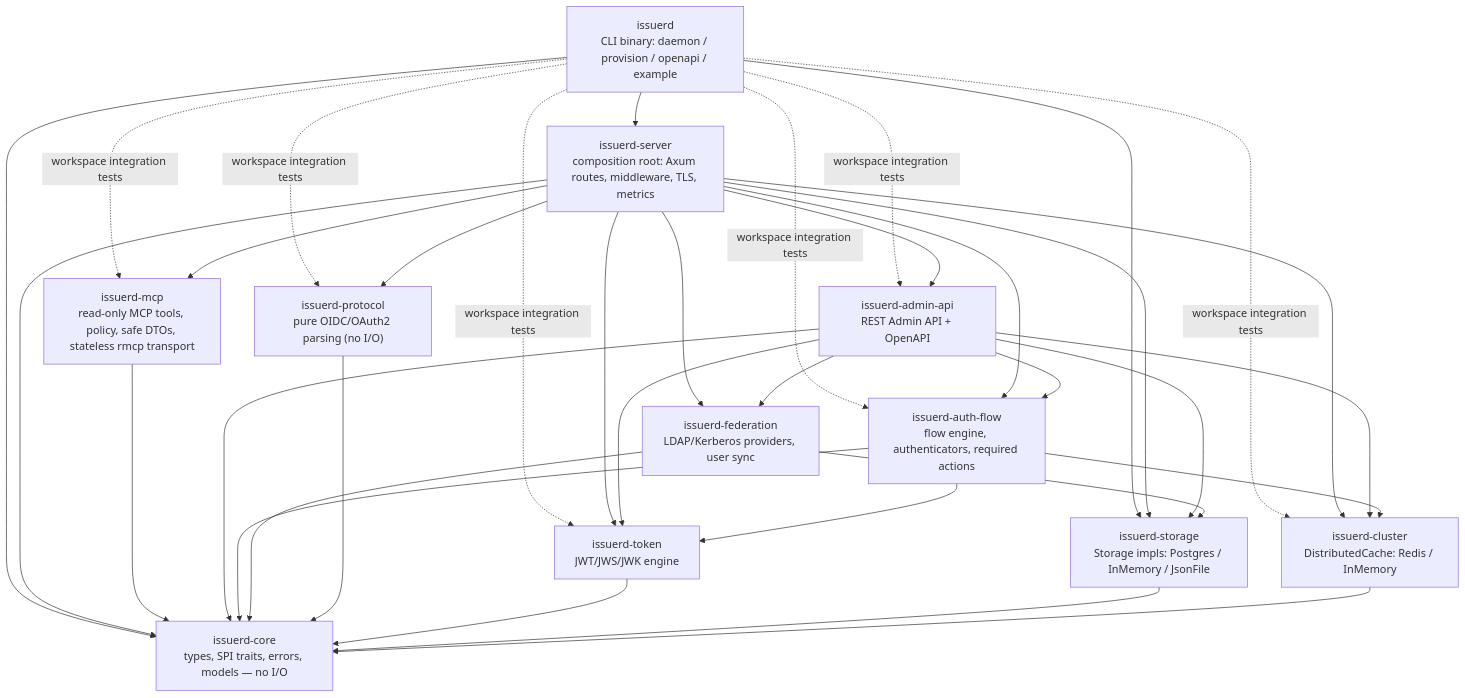
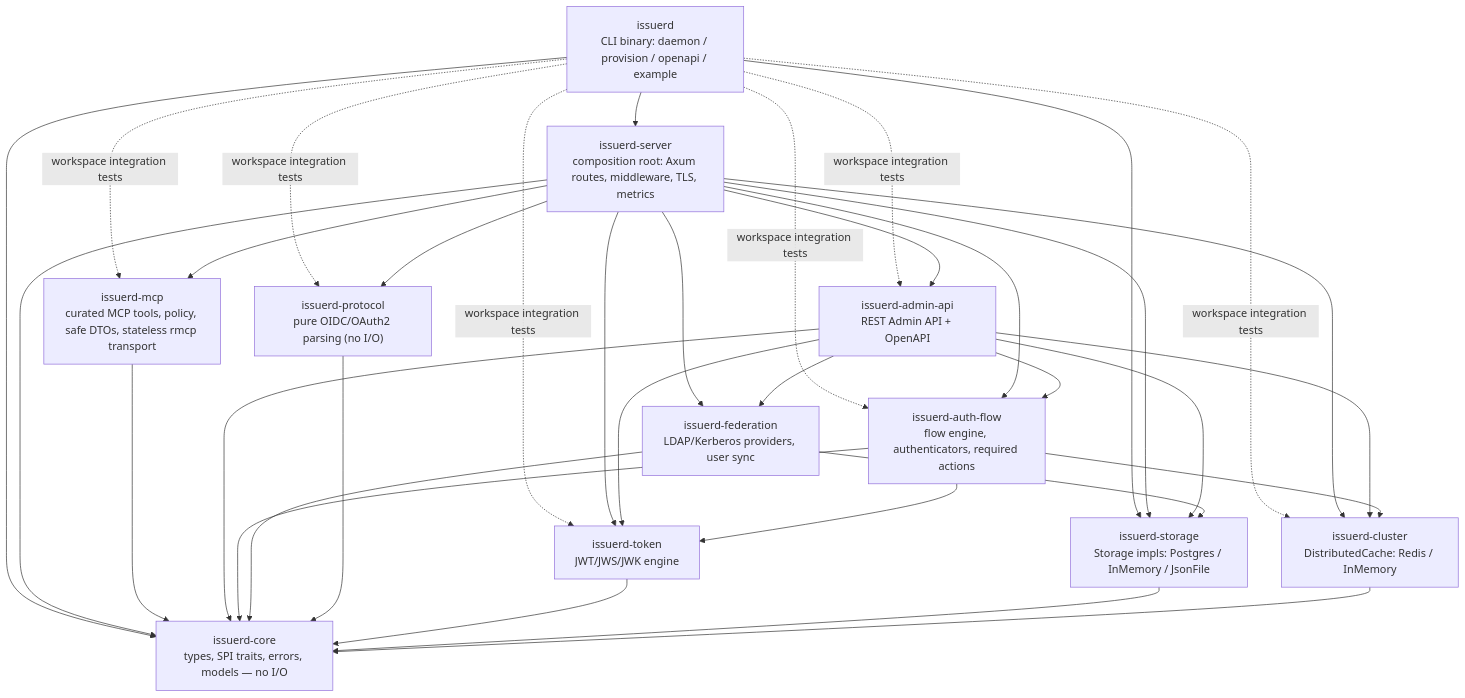
Before and after one commit to issuerd/issuerd: the diagram in ARCHITECTURE.md, drawn with Mermaid. The commit also changed 15 other files, not shown here.

````diff
--- a/ARCHITECTURE.md
+++ b/ARCHITECTURE.md
@@ -21,49 +21,49 @@
 ```mermaid
 flowchart TD
     issuerd["issuerd<br/>CLI binary: daemon / provision / openapi / example"]
     issuerd_server["issuerd-server<br/>composition root: Axum routes, middleware, TLS, metrics"]
     issuerd_admin_api["issuerd-admin-api<br/>REST Admin API + OpenAPI"]
     issuerd_auth_flow["issuerd-auth-flow<br/>flow engine, authenticators, required actions"]
     issuerd_federation["issuerd-federation<br/>LDAP/Kerberos providers, user sync"]
     issuerd_protocol["issuerd-protocol<br/>pure OIDC/OAuth2 parsing (no I/O)"]
     issuerd_token["issuerd-token<br/>JWT/JWS/JWK engine"]
     issuerd_storage["issuerd-storage<br/>Storage impls: Postgres / InMemory / JsonFile"]
     issuerd_cluster["issuerd-cluster<br/>DistributedCache: Redis / InMemory"]
-    issuerd_mcp["issuerd-mcp<br/>read-only MCP tools, policy, safe DTOs, stateless rmcp transport"]
+    issuerd_mcp["issuerd-mcp<br/>curated MCP tools, policy, safe DTOs, stateless rmcp transport"]
     issuerd_core["issuerd-core<br/>types, SPI traits, errors, models — no I/O"]
 
     issuerd --> issuerd_server
     issuerd --> issuerd_core
     issuerd --> issuerd_storage
     issuerd -. "workspace integration tests" .-> issuerd_protocol
     issuerd -. "workspace integration tests" .-> issuerd_auth_flow
     issuerd -. "workspace integration tests" .-> issuerd_token
     issuerd -. "workspace integration tests" .-> issuerd_cluster
     issuerd -. "workspace integration tests" .-> issuerd_admin_api
     issuerd -. "workspace integration tests" .-> issuerd_mcp
     issuerd_server --> issuerd_admin_api
     issuerd_server --> issuerd_auth_flow
     issuerd_server --> issuerd_federation
     issuerd_server --> issuerd_protocol
     issuerd_server --> issuerd_token
     issuerd_server --> issuerd_storage
     issuerd_server --> issuerd_cluster
     issuerd_server --> issuerd_mcp
     issuerd_server --> issuerd_core
     issuerd_mcp --> issuerd_core
     issuerd_admin_api --> issuerd_auth_flow
     issuerd_admin_api --> issuerd_federation
     issuerd_admin_api --> issuerd_token
     issuerd_admin_api --> issuerd_storage
     issuerd_admin_api --> issuerd_cluster
     issuerd_auth_flow --> issuerd_token
     issuerd_auth_flow --> issuerd_cluster
     issuerd_federation --> issuerd_storage
     issuerd_admin_api --> issuerd_core
     issuerd_auth_flow --> issuerd_core
     issuerd_federation --> issuerd_core
     issuerd_protocol --> issuerd_core
     issuerd_token --> issuerd_core
     issuerd_storage --> issuerd_core
     issuerd_cluster --> issuerd_core
 ```
````
